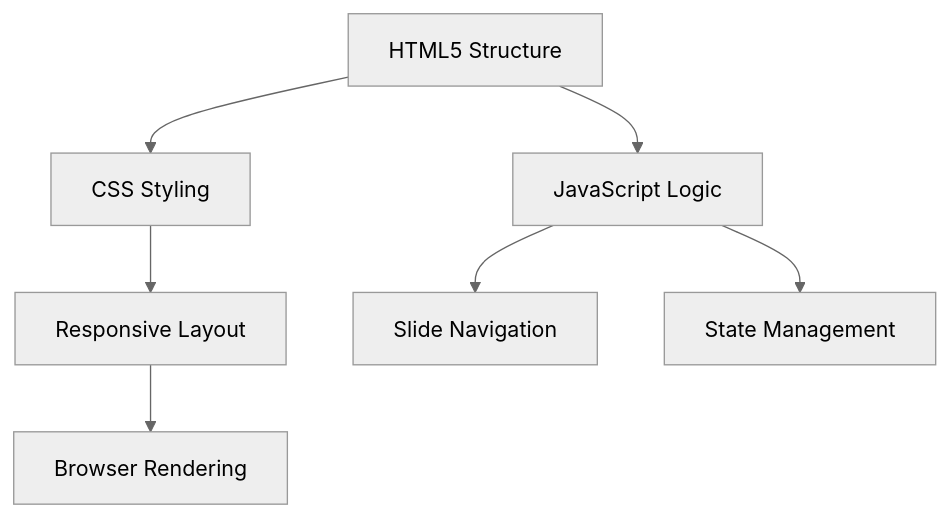
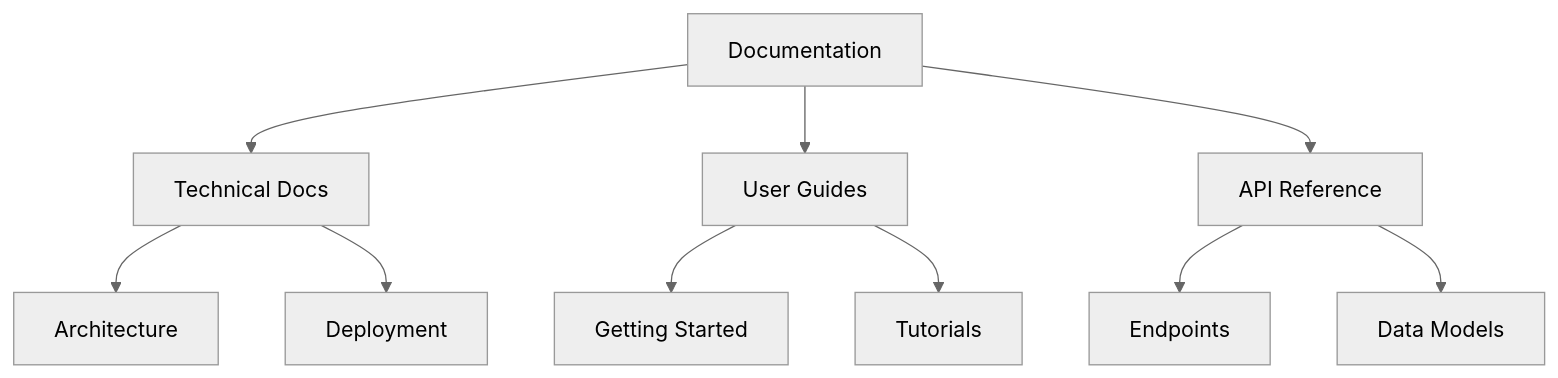
Before and after one commit to christopheryeo/sentient-BP: the diagram in plans/3_completed/V0.2.2/tech-spec.md, drawn with Mermaid (neutral theme). The commit also changed other lines of this file and 3 other files, not shown here.

````diff
--- a/plans/3_completed/V0.2.2/tech-spec.md
+++ b/plans/3_completed/V0.2.2/tech-spec.md
@@ -10,9 +10,12 @@
 ```mermaid
 graph TD
-    A[HTML5 Structure] --> B[CSS Styling]
-    A --> C[JavaScript Logic]
-    B --> D[Responsive Layout]
-    C --> E[Slide Navigation]
-    C --> F[State Management]
-    D --> G[Browser Rendering]
+    A[Documentation] --> B[Technical Docs]
+    A --> C[User Guides]
+    A --> D[API Reference]
+    B --> E[Architecture]
+    B --> F[Deployment]
+    C --> G[Getting Started]
+    C --> H[Tutorials]
+    D --> I[Endpoints]
+    D --> J[Data Models]
 ```
````
